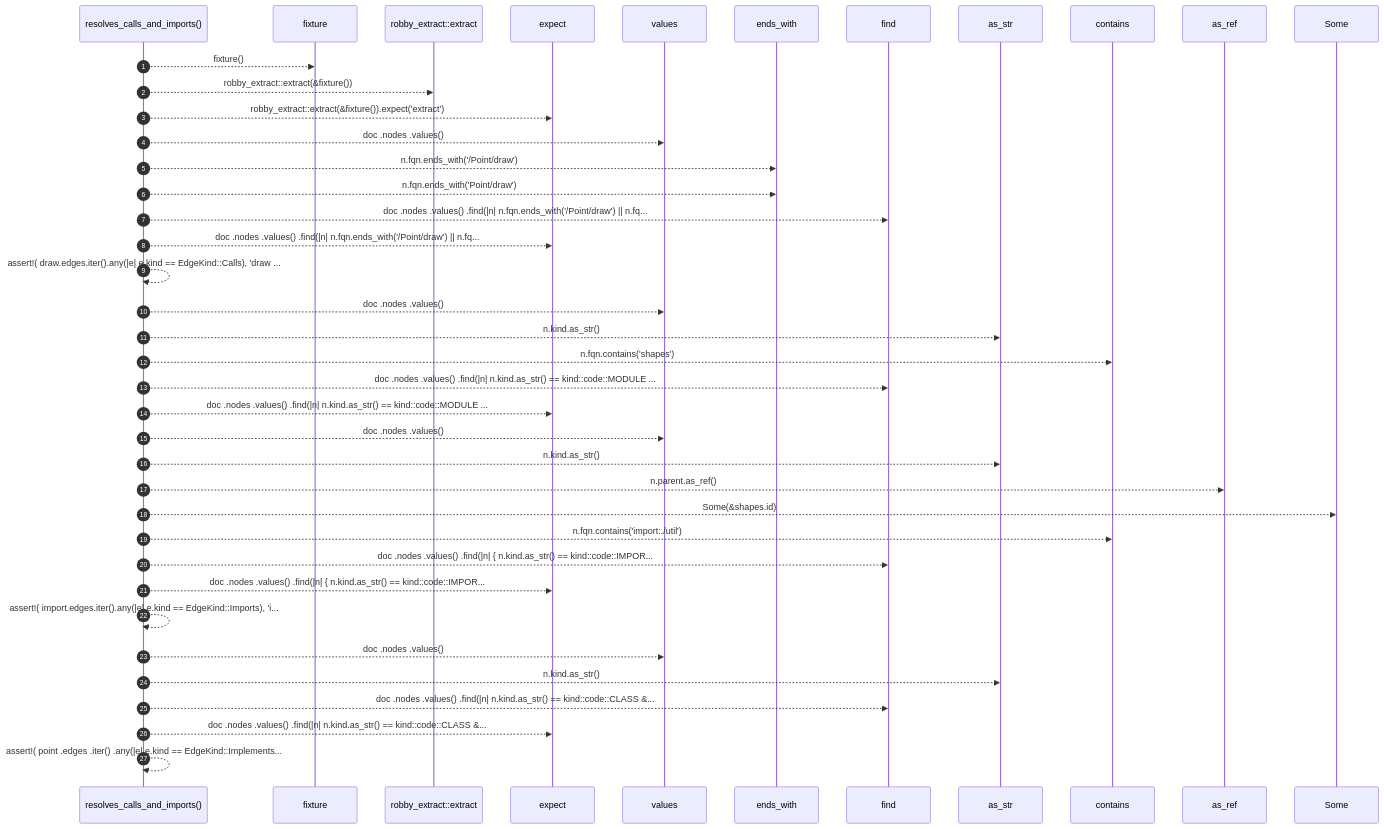
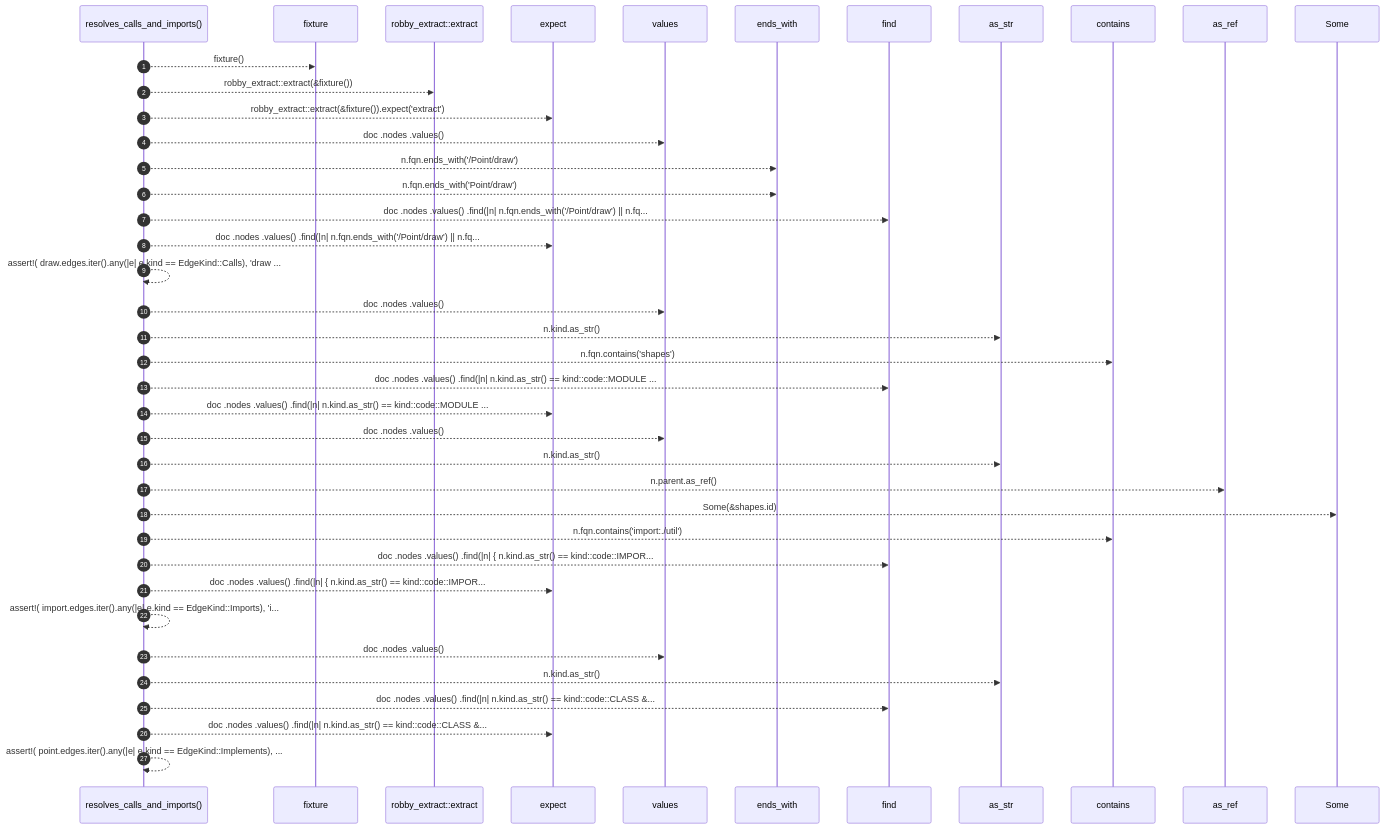
The diagram in docs/self-model/robby_extract/test_typescript/resolves-calls-and-imports.md (RyanGuild/self-describing-code), drawn with Mermaid before and after one commit. The commit also changed other lines of this file and 747 other files, not shown here.

````diff
--- a/docs/self-model/robby_extract/test_typescript/resolves-calls-and-imports.md
+++ b/docs/self-model/robby_extract/test_typescript/resolves-calls-and-imports.md
@@ -63,42 +60,42 @@
 ```mermaid
 sequenceDiagram
     autonumber
     participant resolves_calls_and_imports as resolves_calls_and_imports()
     participant fixture as fixture
     participant robby_extract__extract as robby_extract::extract
     participant expect as expect
     participant values as values
     participant ends_with as ends_with
     participant find as find
     participant as_str as as_str
     participant contains as contains
     participant as_ref as as_ref
     participant Some as Some
     resolves_calls_and_imports-->>fixture: fixture()
     resolves_calls_and_imports-->>robby_extract__extract: robby_extract::extract(&fixture())
     resolves_calls_and_imports-->>expect: robby_extract::extract(&fixture()).expect('extract')
     resolves_calls_and_imports-->>values: doc .nodes .values()
     resolves_calls_and_imports-->>ends_with: n.fqn.ends_with('/Point/draw')
     resolves_calls_and_imports-->>ends_with: n.fqn.ends_with('Point/draw')
     resolves_calls_and_imports-->>find: doc .nodes .values() .find(|n| n.fqn.ends_with('/Point/draw') || n.fq...
     resolves_calls_and_imports-->>expect: doc .nodes .values() .find(|n| n.fqn.ends_with('/Point/draw') || n.fq...
     resolves_calls_and_imports-->>resolves_calls_and_imports: assert!( draw.edges.iter().any(|e| e.kind == EdgeKind::Calls), 'draw ...
     resolves_calls_and_imports-->>values: doc .nodes .values()
     resolves_calls_and_imports-->>as_str: n.kind.as_str()
     resolves_calls_and_imports-->>contains: n.fqn.contains('shapes')
     resolves_calls_and_imports-->>find: doc .nodes .values() .find(|n| n.kind.as_str() == kind::code::MODULE ...
     resolves_calls_and_imports-->>expect: doc .nodes .values() .find(|n| n.kind.as_str() == kind::code::MODULE ...
     resolves_calls_and_imports-->>values: doc .nodes .values()
     resolves_calls_and_imports-->>as_str: n.kind.as_str()
     resolves_calls_and_imports-->>as_ref: n.parent.as_ref()
     resolves_calls_and_imports-->>Some: Some(&shapes.id)
     resolves_calls_and_imports-->>contains: n.fqn.contains('import:./util')
     resolves_calls_and_imports-->>find: doc .nodes .values() .find(|n| { n.kind.as_str() == kind::code::IMPOR...
     resolves_calls_and_imports-->>expect: doc .nodes .values() .find(|n| { n.kind.as_str() == kind::code::IMPOR...
     resolves_calls_and_imports-->>resolves_calls_and_imports: assert!( import.edges.iter().any(|e| e.kind == EdgeKind::Imports), 'i...
     resolves_calls_and_imports-->>values: doc .nodes .values()
     resolves_calls_and_imports-->>as_str: n.kind.as_str()
     resolves_calls_and_imports-->>find: doc .nodes .values() .find(|n| n.kind.as_str() == kind::code::CLASS &...
     resolves_calls_and_imports-->>expect: doc .nodes .values() .find(|n| n.kind.as_str() == kind::code::CLASS &...
-    resolves_calls_and_imports-->>resolves_calls_and_imports: assert!( point .edges .iter() .any(|e| e.kind == EdgeKind::Implements...
+    resolves_calls_and_imports-->>resolves_calls_and_imports: assert!( point.edges.iter().any(|e| e.kind == EdgeKind::Implements), ...
 ```
````
